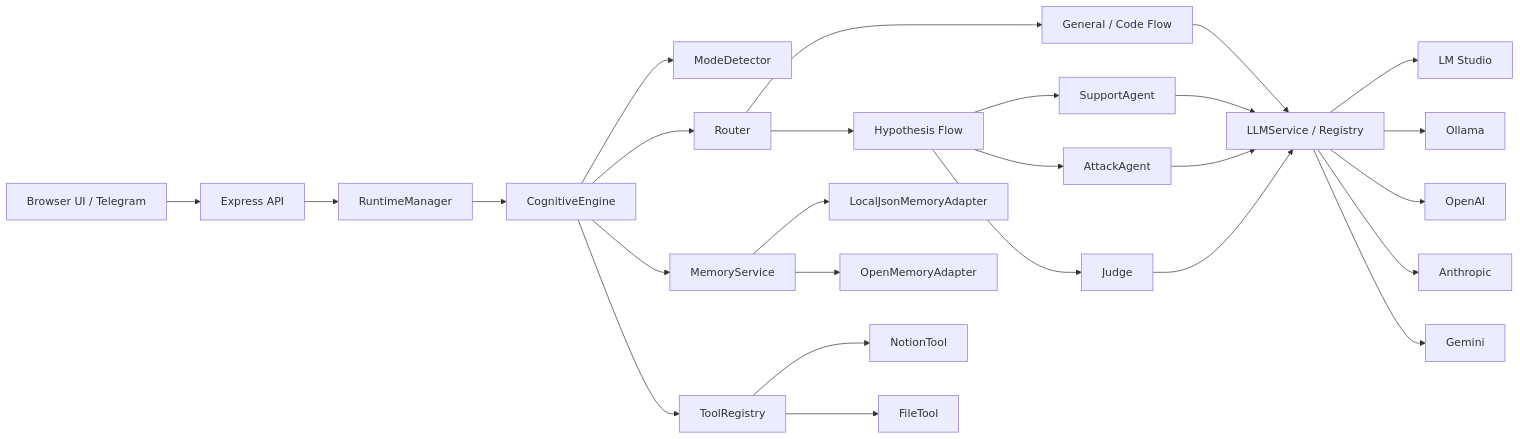
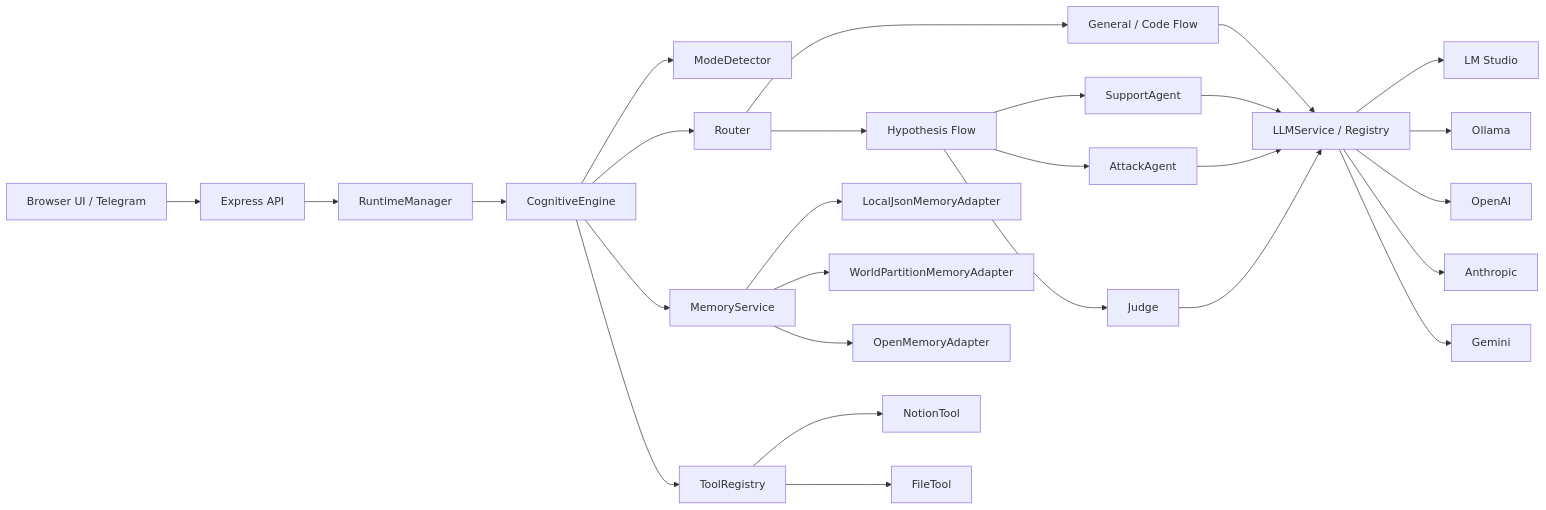
Before and after one commit to Ilyaberdar/local-cognitive-AI-system: the diagram in README.md, drawn with Mermaid. The commit also changed other lines of this file and 24 other files, not shown here.

````diff
--- a/README.md
+++ b/README.md
@@ -446,34 +450,35 @@
 ```mermaid
 flowchart LR
   U["Browser UI / Telegram"] --> API["Express API"]
   API --> RT["RuntimeManager"]
   RT --> ENG["CognitiveEngine"]
   ENG --> MODE["ModeDetector"]
   ENG --> ROUTER["Router"]
   ENG --> MEM["MemoryService"]
   ENG --> TOOLS["ToolRegistry"]
 
   ROUTER --> GEN["General / Code Flow"]
   ROUTER --> HYP["Hypothesis Flow"]
 
   HYP --> SUP["SupportAgent"]
   HYP --> ATT["AttackAgent"]
   HYP --> J["Judge"]
 
   SUP --> LLM["LLMService / Registry"]
   ATT --> LLM
   J --> LLM
   GEN --> LLM
 
   LLM --> LMS["LM Studio"]
   LLM --> OLL["Ollama"]
   LLM --> OAI["OpenAI"]
   LLM --> ANT["Anthropic"]
   LLM --> GEM["Gemini"]
 
   TOOLS --> NOTION["NotionTool"]
   TOOLS --> FILE["FileTool"]
 
   MEM --> JSON["LocalJsonMemoryAdapter"]
+  MEM --> WP["WorldPartitionMemoryAdapter"]
   MEM --> OM["OpenMemoryAdapter"]
 ```
````
